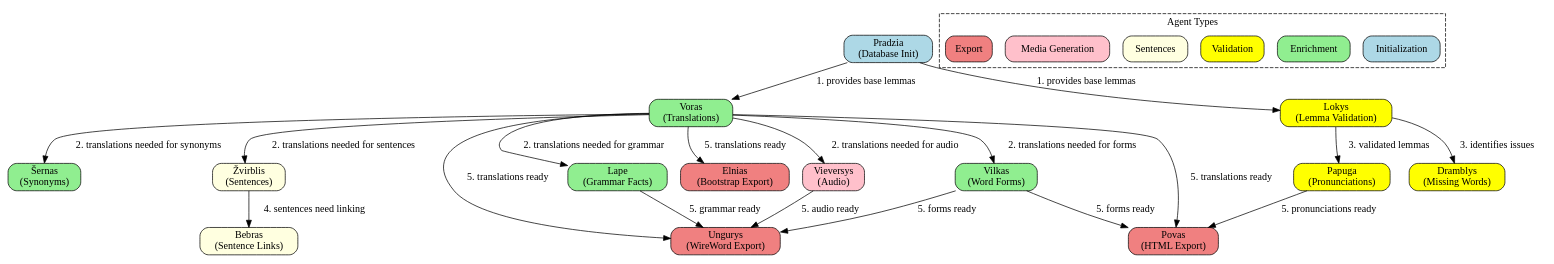
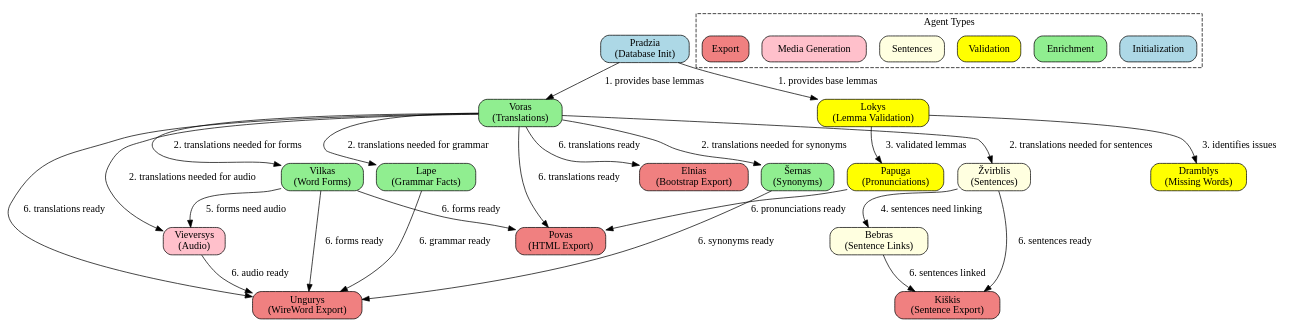
One commit to powera/greenland changed the diagram in docs/barsukas_agents.gv. Above: the diagram before and after it, drawn with Graphviz. The commit also changed 1 other file, not shown here.

```diff
--- a/docs/barsukas_agents.gv
+++ b/docs/barsukas_agents.gv
@@ -1,67 +1,76 @@
 digraph barsukas_agents {
   rankdir=TB;
   node [shape=box, style=rounded];
 
   // Node definitions with descriptions
   pradzia [label="Pradzia\n(Database Init)", shape=box, style="rounded,filled", fillcolor=lightblue];
   voras [label="Voras\n(Translations)", shape=box, style="rounded,filled", fillcolor=lightgreen];
   vilkas [label="Vilkas\n(Word Forms)", shape=box, style="rounded,filled", fillcolor=lightgreen];
   lape [label="Lape\n(Grammar Facts)", shape=box, style="rounded,filled", fillcolor=lightgreen];
   sernas [label="Šernas\n(Synonyms)", shape=box, style="rounded,filled", fillcolor=lightgreen];
   lokys [label="Lokys\n(Lemma Validation)", shape=box, style="rounded,filled", fillcolor=yellow];
   papuga [label="Papuga\n(Pronunciations)", shape=box, style="rounded,filled", fillcolor=yellow];
   zvirblis [label="Žvirblis\n(Sentences)", shape=box, style="rounded,filled", fillcolor=lightyellow];
   bebras [label="Bebras\n(Sentence Links)", shape=box, style="rounded,filled", fillcolor=lightyellow];
   dramblys [label="Dramblys\n(Missing Words)", shape=box, style="rounded,filled", fillcolor=yellow];
   vieversys [label="Vieversys\n(Audio)", shape=box, style="rounded,filled", fillcolor=pink];
   ungurys [label="Ungurys\n(WireWord Export)", shape=box, style="rounded,filled", fillcolor=lightcoral];
   elnias [label="Elnias\n(Bootstrap Export)", shape=box, style="rounded,filled", fillcolor=lightcoral];
   povas [label="Povas\n(HTML Export)", shape=box, style="rounded,filled", fillcolor=lightcoral];
+  kiskis [label="Kiškis\n(Sentence Export)", shape=box, style="rounded,filled", fillcolor=lightcoral];
 
   // Logical dependencies (workflow order)
 
   // Phase 1: Database initialization
   pradzia -> voras [label="1. provides base lemmas"];
   pradzia -> lokys [label="1. provides base lemmas"];
 
   // Phase 2: Core linguistic data generation
   voras -> vilkas [label="2. translations needed for forms"];
   voras -> lape [label="2. translations needed for grammar"];
   voras -> sernas [label="2. translations needed for synonyms"];
   voras -> zvirblis [label="2. translations needed for sentences"];
   voras -> vieversys [label="2. translations needed for audio"];
 
   // Phase 3: Quality validation (parallel with enrichment)
   lokys -> papuga [label="3. validated lemmas"];
   lokys -> dramblys [label="3. identifies issues"];
 
   // Phase 4: Sentence generation pipeline
   zvirblis -> bebras [label="4. sentences need linking"];
 
-  // Phase 5: Export pipeline (all exports depend on complete data)
-  voras -> ungurys [label="5. translations ready"];
-  voras -> elnias [label="5. translations ready"];
-  voras -> povas [label="5. translations ready"];
+  // Phase 5: Audio generation for base lemmas and grammatical forms
+  vilkas -> vieversys [label="5. forms need audio"];
 
-  vilkas -> ungurys [label="5. forms ready"];
-  vilkas -> povas [label="5. forms ready"];
+  // Phase 6: Export pipeline (all exports depend on complete data)
+  voras -> ungurys [label="6. translations ready"];
+  voras -> elnias [label="6. translations ready"];
+  voras -> povas [label="6. translations ready"];
 
-  lape -> ungurys [label="5. grammar ready"];
+  vilkas -> ungurys [label="6. forms ready"];
+  vilkas -> povas [label="6. forms ready"];
 
-  papuga -> povas [label="5. pronunciations ready"];
+  lape -> ungurys [label="6. grammar ready"];
 
-  vieversys -> ungurys [label="5. audio ready"];
+  sernas -> ungurys [label="6. synonyms ready"];
+
+  papuga -> povas [label="6. pronunciations ready"];
+
+  vieversys -> ungurys [label="6. audio ready"];
+
+  bebras -> kiskis [label="6. sentences linked"];
+  zvirblis -> kiskis [label="6. sentences ready"];
 
   // Subgraph for clarity
   subgraph cluster_legend {
     label = "Agent Types";
     style=dashed;
 
     init [label="Initialization", shape=box, style="rounded,filled", fillcolor=lightblue];
     enrich [label="Enrichment", shape=box, style="rounded,filled", fillcolor=lightgreen];
     validate [label="Validation", shape=box, style="rounded,filled", fillcolor=yellow];
     sentence [label="Sentences", shape=box, style="rounded,filled", fillcolor=lightyellow];
     media [label="Media Generation", shape=box, style="rounded,filled", fillcolor=pink];
     export [label="Export", shape=box, style="rounded,filled", fillcolor=lightcoral];
   }
 }
```
